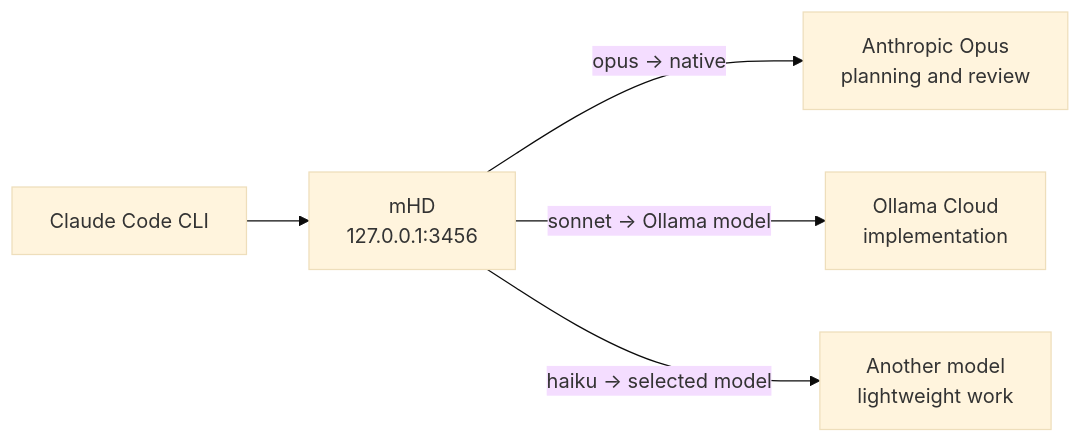
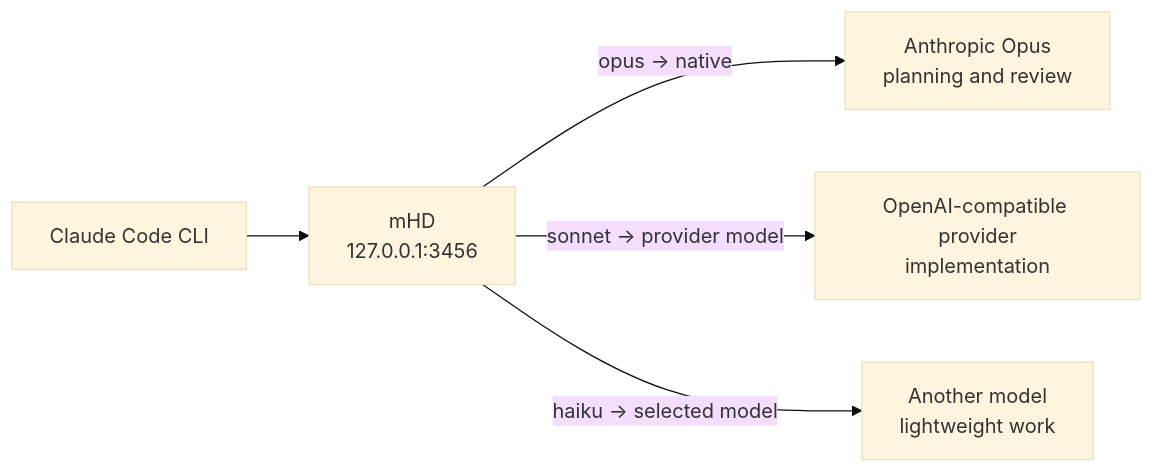
One commit to ArthurkaX/mhd changed the first of 2 diagrams in README.md. Above: the diagram before and after it, drawn with Mermaid (base theme). The commit also changed other lines of this file and 4 other files, not shown here.

````diff
--- a/README.md
+++ b/README.md
@@ -52,13 +89,13 @@
 ```mermaid
 flowchart LR
     CLI["Claude Code CLI"]
     Proxy["mHD<br/>127.0.0.1:3456"]
     Opus["Anthropic Opus<br/>planning and review"]
-    Ollama["Ollama Cloud<br/>implementation"]
+    Provider["OpenAI-compatible provider<br/>implementation"]
     Small["Another model<br/>lightweight work"]
 
     CLI --> Proxy
     Proxy -->|"opus → native"| Opus
-    Proxy -->|"sonnet → Ollama model"| Ollama
+    Proxy -->|"sonnet → provider model"| Provider
     Proxy -->|"haiku → selected model"| Small
 ```
````
